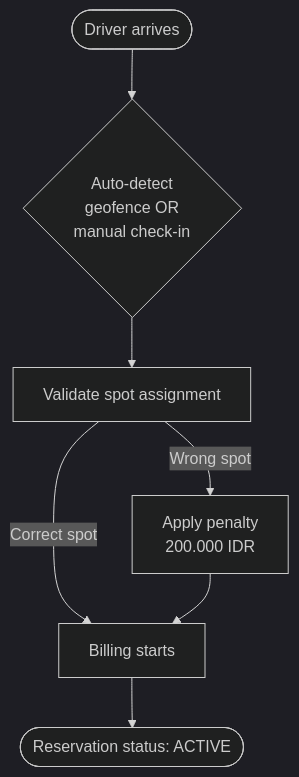
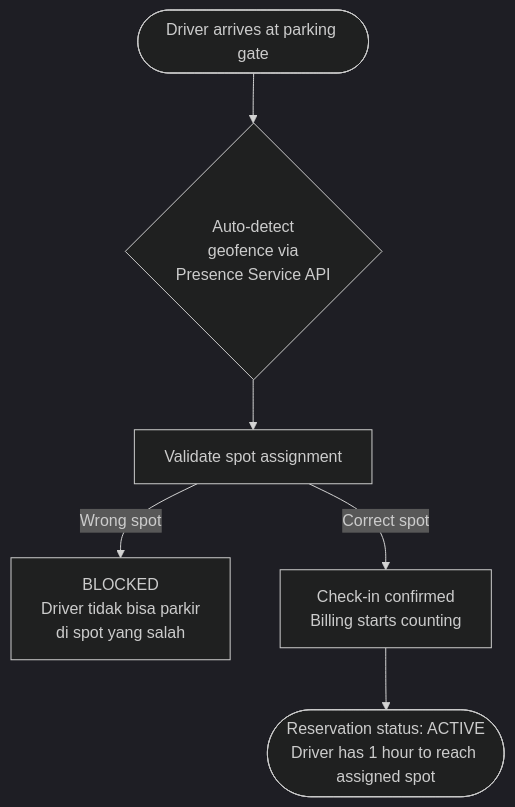
The second of 23 diagrams in README.md (ParkirPintar/parkir-pintar-backend), drawn with Mermaid (dark theme) before and after one commit. The commit also changed other lines of this file and 42 other files, not shown here.

````diff
--- a/README.md
+++ b/README.md
@@ -190,9 +195,8 @@
 ```mermaid
 flowchart TD
-    A([Driver arrives]) --> B{Auto-detect\ngeofence OR\nmanual check-in}
+    A([Driver arrives at parking gate]) --> B{Auto-detect\ngeofence via\nPresence Service API}
     B --> C[Validate spot assignment]
-    C -->|Wrong spot| D[Apply penalty\n200.000 IDR]
-    C -->|Correct spot| E[Billing starts]
-    D --> E
-    E --> F([Reservation status: ACTIVE])
+    C -->|Wrong spot| D[BLOCKED\nDriver tidak bisa parkir\ndi spot yang salah]
+    C -->|Correct spot| E[Check-in confirmed\nBilling starts counting]
+    E --> F([Reservation status: ACTIVE\nDriver has 1 hour to reach assigned spot])
 ```
````
